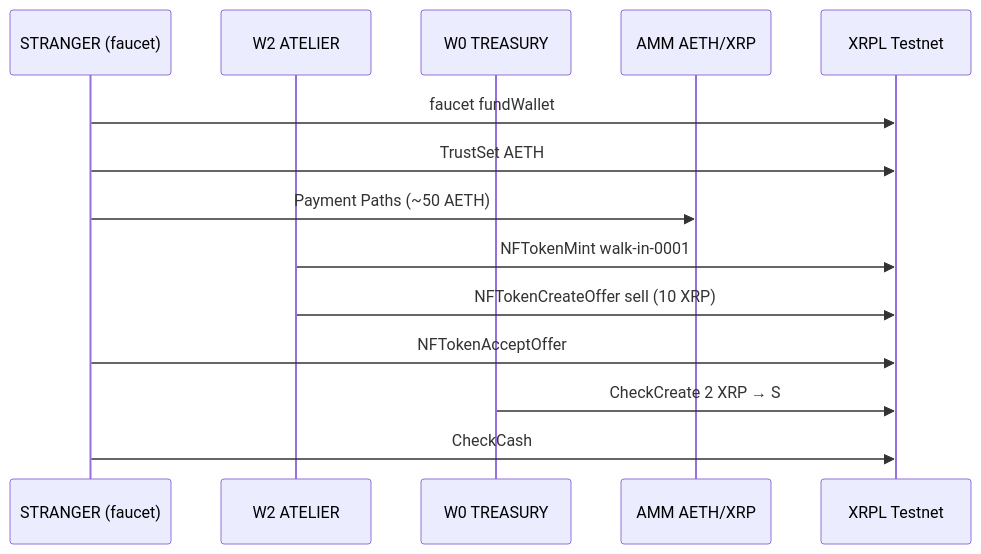
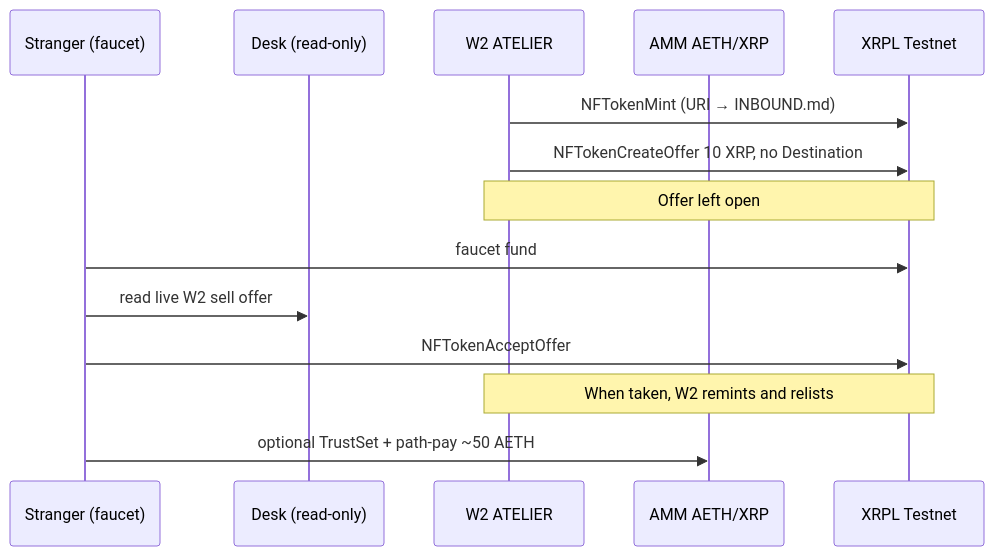
The diagram in machines/walk-in-window/README.md (Hobie1Kenobi/aether-foundry), drawn with Mermaid before and after one commit. The commit also changed other lines of this file and 11 other files, not shown here.

First line of the commit message:
feat(walk-in): publish v2 standing storefront and live desk offer

````diff
--- a/machines/walk-in-window/README.md
+++ b/machines/walk-in-window/README.md
@@ -7,17 +9,17 @@
 ```mermaid
 sequenceDiagram
-  participant S as STRANGER (faucet)
+  participant S as Stranger (faucet)
+  participant Desk as Desk (read-only)
   participant W2 as W2 ATELIER
-  participant W0 as W0 TREASURY
   participant AMM as AMM AETH/XRP
   participant L as XRPL Testnet
 
-  S->>L: faucet fundWallet
-  S->>L: TrustSet AETH
-  S->>AMM: Payment Paths (~50 AETH)
-  W2->>L: NFTokenMint walk-in-0001
-  W2->>L: NFTokenCreateOffer sell (10 XRP)
+  W2->>L: NFTokenMint (URI → INBOUND.md)
+  W2->>L: NFTokenCreateOffer 10 XRP, no Destination
+  Note over W2,L: Offer left open
+  S->>L: faucet fund
+  S->>Desk: read live W2 sell offer
   S->>L: NFTokenAcceptOffer
-  W0->>L: CheckCreate 2 XRP → S
-  S->>L: CheckCash
+  Note over W2,L: When taken, W2 remints and relists
+  S->>AMM: optional TrustSet + path-pay ~50 AETH
 ```
````
